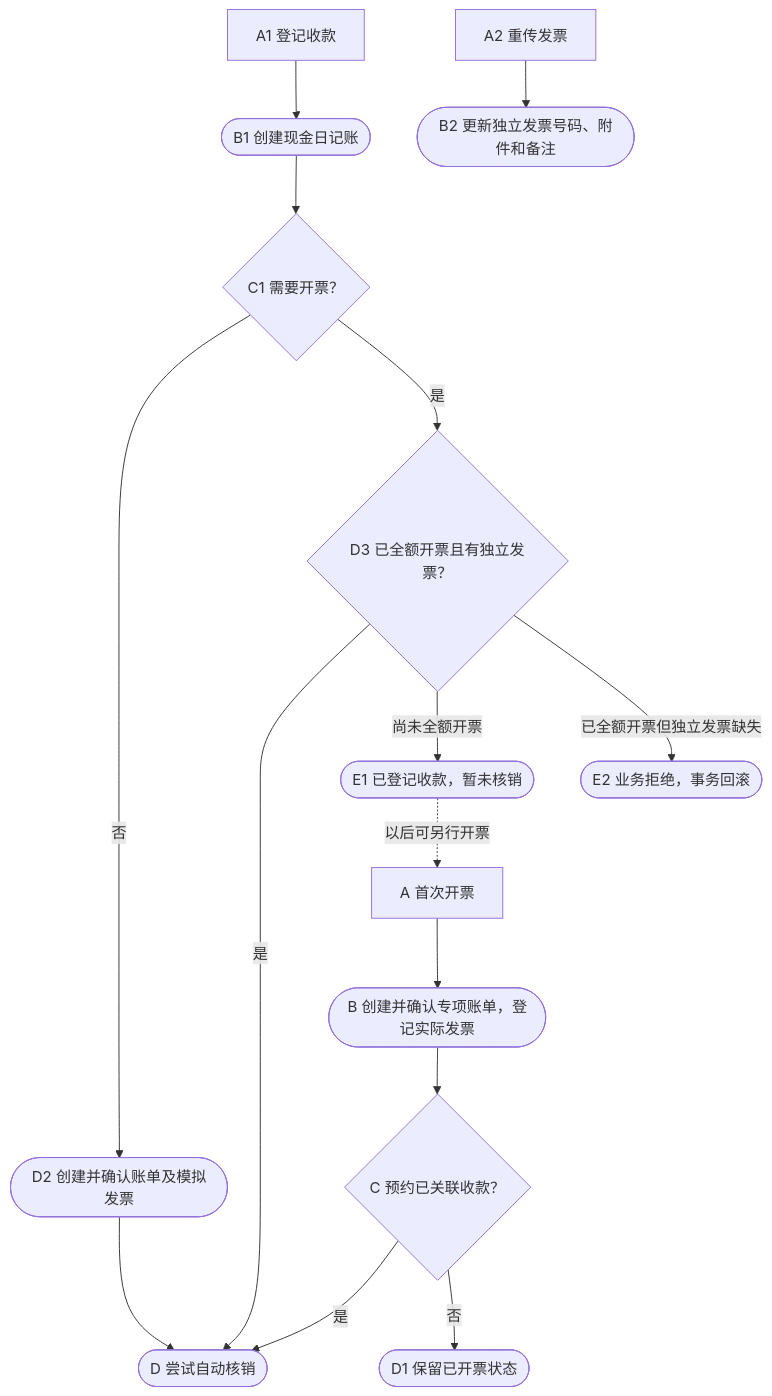
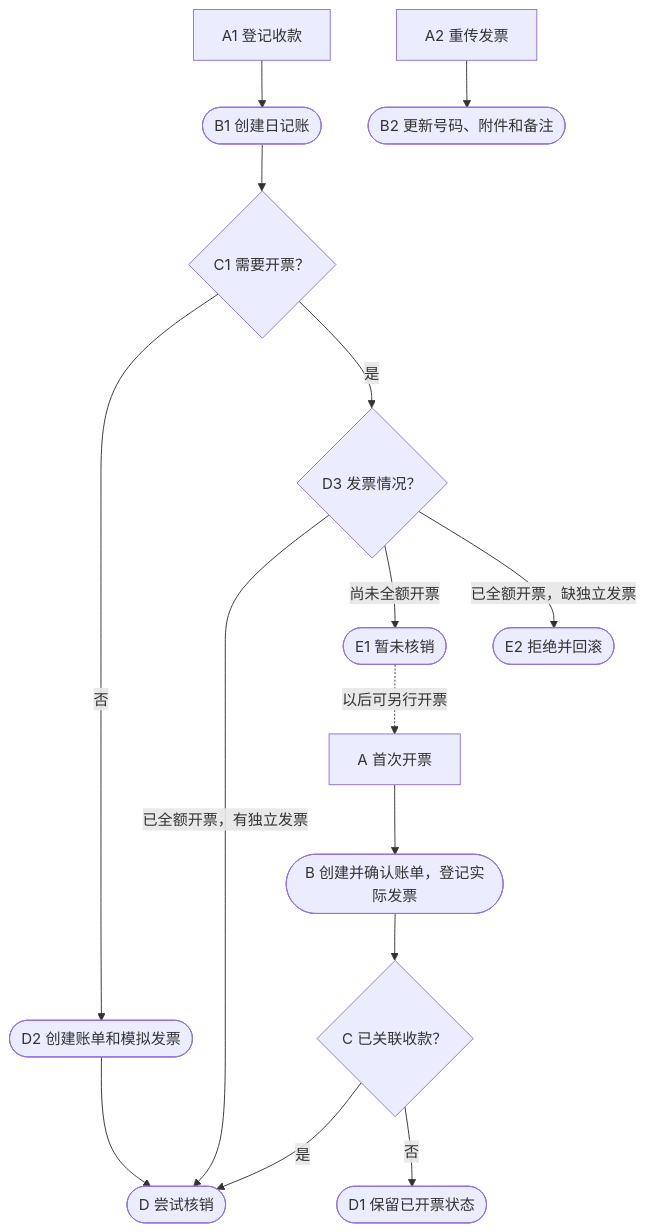
The third of 6 diagrams in skill-previews/code-module-feature-map/yard-tank-clean/developer-guide.md (mapanpan0802-ui/codexAi), drawn with Mermaid before and after one commit. The commit also changed other lines of this file and 5 other files, not shown here.

````diff
--- a/skill-previews/code-module-feature-map/yard-tank-clean/developer-guide.md
+++ b/skill-previews/code-module-feature-map/yard-tank-clean/developer-guide.md
@@ -78,17 +79,17 @@
 ```mermaid
 flowchart TD
-    A["A 首次开票"] --> B(["B 创建并确认专项账单，登记实际发票"])
-    B --> C{"C 预约已关联收款？"}
-    C -->|是| D(["D 尝试自动核销"])
+    A["A 首次开票"] --> B(["B 创建并确认账单，登记实际发票"])
+    B --> C{"C 已关联收款？"}
+    C -->|是| D(["D 尝试核销"])
     C -->|否| D1(["D1 保留已开票状态"])
-    A1["A1 登记收款"] --> B1(["B1 创建现金日记账"])
+    A1["A1 登记收款"] --> B1(["B1 创建日记账"])
     B1 --> C1{"C1 需要开票？"}
-    C1 -->|否| D2(["D2 创建并确认账单及模拟发票"])
+    C1 -->|否| D2(["D2 创建账单和模拟发票"])
     D2 --> D
-    C1 -->|是| D3{"D3 已全额开票且有独立发票？"}
-    D3 -->|是| D
-    D3 -->|尚未全额开票| E1(["E1 已登记收款，暂未核销"])
-    D3 -->|已全额开票但独立发票缺失| E2(["E2 业务拒绝，事务回滚"])
+    C1 -->|是| D3{"D3 发票情况？"}
+    D3 -->|已全额开票，有独立发票| D
+    D3 -->|尚未全额开票| E1(["E1 暂未核销"])
+    D3 -->|已全额开票，缺独立发票| E2(["E2 拒绝并回滚"])
     E1 -. "以后可另行开票" .-> A
-    A2["A2 重传发票"] --> B2(["B2 更新独立发票号码、附件和备注"])
+    A2["A2 重传发票"] --> B2(["B2 更新号码、附件和备注"])
 ```
````
